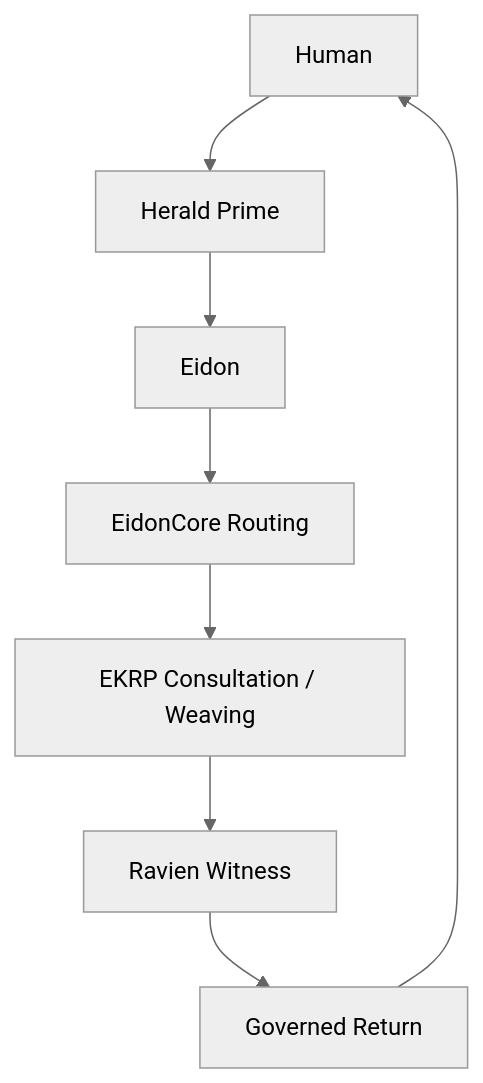
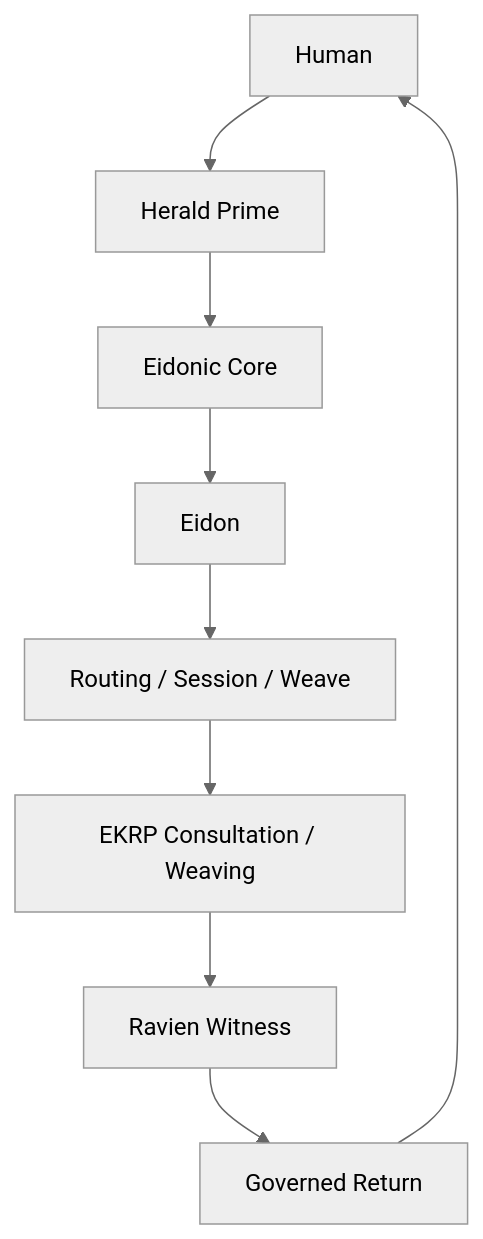
One commit to Eidonic-Systems/eidonic_universe changed the fifth of 6 diagrams in README.md. Above: the diagram before and after it, drawn with Mermaid (neutral theme). The commit also changed other lines of this file, not shown here.

````diff
--- a/README.md
+++ b/README.md
@@ -230,18 +298,20 @@
 ```mermaid
 flowchart TB
-    H[Human]
-    Herald[Herald Prime]
-    Eidon[Eidon]
-    Router[EidonCore Routing]
-    Council[EKRP Consultation / Weaving]
-    Ravien[Ravien Witness]
-    Return[Governed Return]
+    H["Human"]
+    Herald["Herald Prime"]
+    Core["Eidonic Core"]
+    Eidon["Eidon"]
+    Router["Routing / Session / Weave"]
+    Council["EKRP Consultation / Weaving"]
+    Ravien["Ravien Witness"]
+    Return["Governed Return"]
 
     H --> Herald
-    Herald --> Eidon
+    Herald --> Core
+    Core --> Eidon
     Eidon --> Router
     Router --> Council
     Council --> Ravien
     Ravien --> Return
     Return --> H
 ```
````
